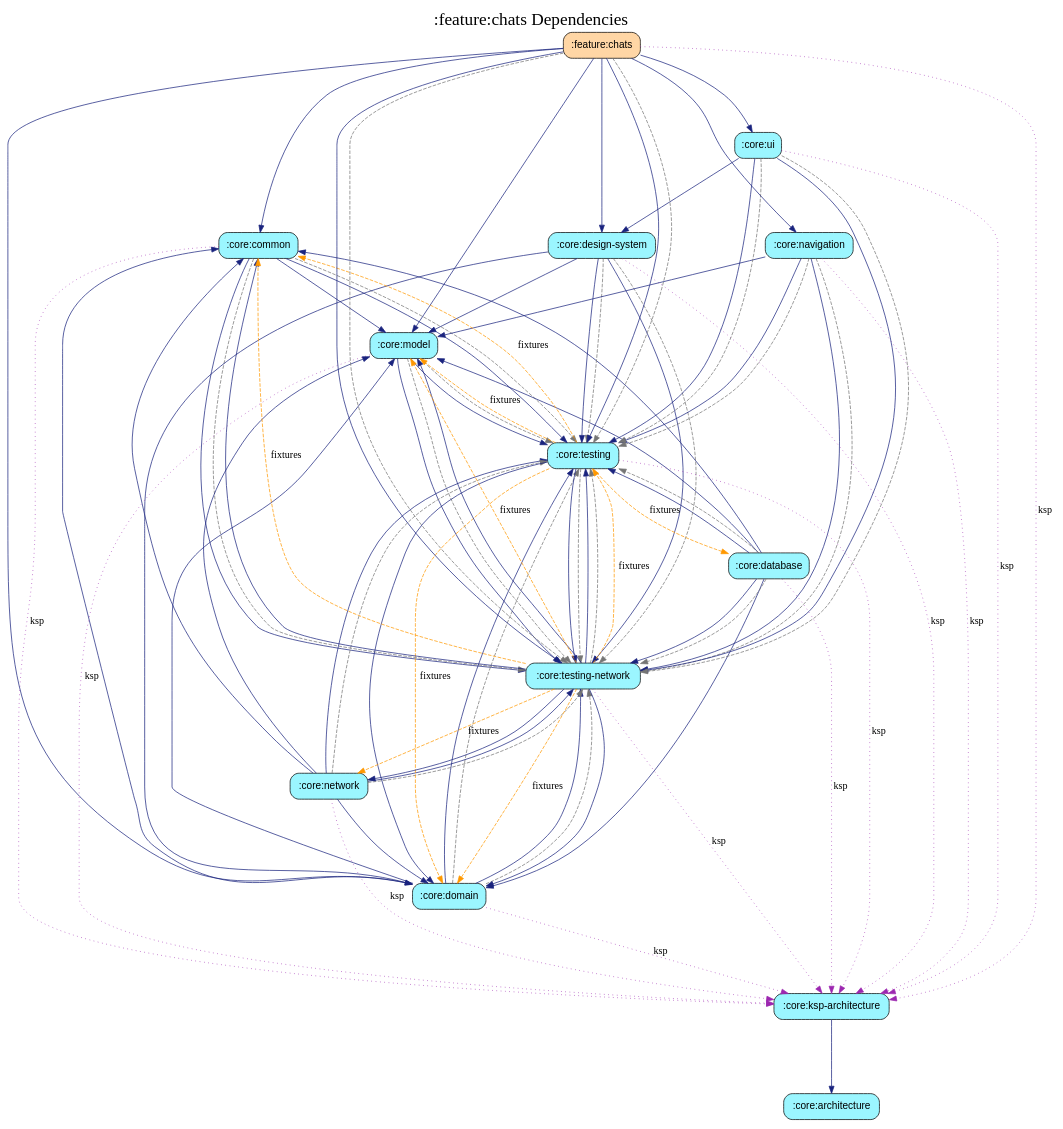
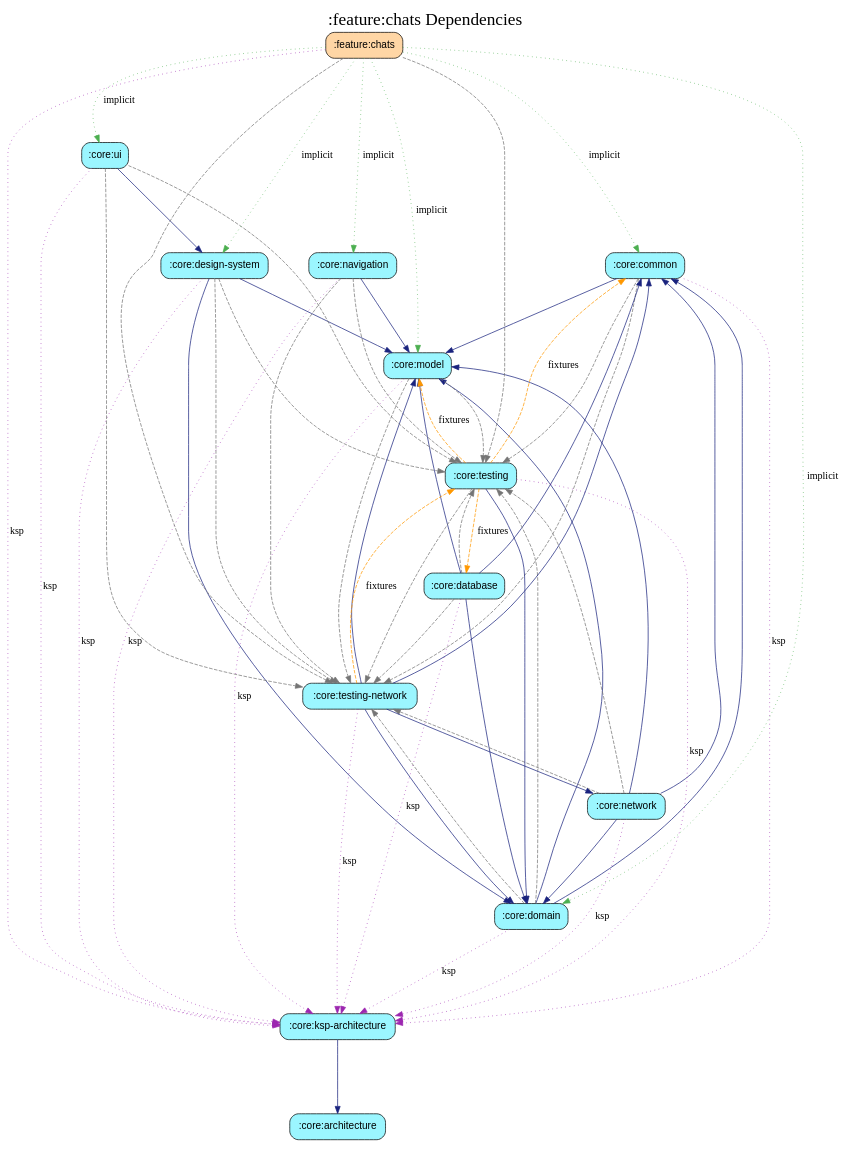
One commit to harrykibet/RealEstateApp-Android changed the diagram in feature/chats/module_graph.gv. Above: the diagram before and after it, drawn with Graphviz. The commit also changed 83 other files, not shown here.

```diff
--- a/feature/chats/module_graph.gv
+++ b/feature/chats/module_graph.gv
@@ -1,102 +1,76 @@
 digraph {
   graph [label=":feature:chats Dependencies", labelloc=t, fontsize=24, ranksep=1.4];
-  node [style="rounded,filled", fontname="sans-serif", shape=box];
+  node [style=filled, fillcolor="#bbdefb", fontname="sans-serif", shape=box, style="rounded,filled"];
   ":core:architecture" [fillcolor="#9BF6FF"];
   ":core:common" [fillcolor="#9BF6FF"];
   ":core:database" [fillcolor="#9BF6FF"];
   ":core:design-system" [fillcolor="#9BF6FF"];
   ":core:domain" [fillcolor="#9BF6FF"];
   ":core:ksp-architecture" [fillcolor="#9BF6FF"];
   ":core:model" [fillcolor="#9BF6FF"];
   ":core:navigation" [fillcolor="#9BF6FF"];
   ":core:network" [fillcolor="#9BF6FF"];
   ":core:testing" [fillcolor="#9BF6FF"];
   ":core:testing-network" [fillcolor="#9BF6FF"];
   ":core:ui" [fillcolor="#9BF6FF"];
   ":feature:chats" [fillcolor="#FFD6A5"];
   ":core:common" -> ":core:ksp-architecture" [color="#9C27B0", style=dotted, label="ksp"]
   ":core:common" -> ":core:model" [color="#1A237E", style=solid]
-  ":core:common" -> ":core:testing" [color="#1A237E", style=solid]
   ":core:common" -> ":core:testing" [color="#757575", style=dashed]
-  ":core:common" -> ":core:testing-network" [color="#1A237E", style=solid]
   ":core:common" -> ":core:testing-network" [color="#757575", style=dashed]
   ":core:database" -> ":core:common" [color="#1A237E", style=solid]
   ":core:database" -> ":core:domain" [color="#1A237E", style=solid]
   ":core:database" -> ":core:ksp-architecture" [color="#9C27B0", style=dotted, label="ksp"]
   ":core:database" -> ":core:model" [color="#1A237E", style=solid]
-  ":core:database" -> ":core:testing" [color="#1A237E", style=solid]
   ":core:database" -> ":core:testing" [color="#757575", style=dashed]
-  ":core:database" -> ":core:testing-network" [color="#1A237E", style=solid]
   ":core:database" -> ":core:testing-network" [color="#757575", style=dashed]
   ":core:design-system" -> ":core:domain" [color="#1A237E", style=solid]
   ":core:design-system" -> ":core:ksp-architecture" [color="#9C27B0", style=dotted, label="ksp"]
   ":core:design-system" -> ":core:model" [color="#1A237E", style=solid]
-  ":core:design-system" -> ":core:testing" [color="#1A237E", style=solid]
   ":core:design-system" -> ":core:testing" [color="#757575", style=dashed]
-  ":core:design-system" -> ":core:testing-network" [color="#1A237E", style=solid]
   ":core:design-system" -> ":core:testing-network" [color="#757575", style=dashed]
   ":core:domain" -> ":core:common" [color="#1A237E", style=solid]
   ":core:domain" -> ":core:ksp-architecture" [color="#9C27B0", style=dotted, label="ksp"]
   ":core:domain" -> ":core:model" [color="#1A237E", style=solid]
-  ":core:domain" -> ":core:testing" [color="#1A237E", style=solid]
   ":core:domain" -> ":core:testing" [color="#757575", style=dashed]
-  ":core:domain" -> ":core:testing-network" [color="#1A237E", style=solid]
   ":core:domain" -> ":core:testing-network" [color="#757575", style=dashed]
   ":core:ksp-architecture" -> ":core:architecture" [color="#1A237E", style=solid]
   ":core:model" -> ":core:ksp-architecture" [color="#9C27B0", style=dotted, label="ksp"]
-  ":core:model" -> ":core:testing" [color="#1A237E", style=solid]
   ":core:model" -> ":core:testing" [color="#757575", style=dashed]
-  ":core:model" -> ":core:testing-network" [color="#1A237E", style=solid]
   ":core:model" -> ":core:testing-network" [color="#757575", style=dashed]
   ":core:navigation" -> ":core:ksp-architecture" [color="#9C27B0", style=dotted, label="ksp"]
   ":core:navigation" -> ":core:model" [color="#1A237E", style=solid]
-  ":core:navigation" -> ":core:testing" [color="#1A237E", style=solid]
   ":core:navigation" -> ":core:testing" [color="#757575", style=dashed]
-  ":core:navigation" -> ":core:testing-network" [color="#1A237E", style=solid]
   ":core:navigation" -> ":core:testing-network" [color="#757575", style=dashed]
   ":core:network" -> ":core:common" [color="#1A237E", style=solid]
   ":core:network" -> ":core:domain" [color="#1A237E", style=solid]
   ":core:network" -> ":core:ksp-architecture" [color="#9C27B0", style=dotted, label="ksp"]
   ":core:network" -> ":core:model" [color="#1A237E", style=solid]
-  ":core:network" -> ":core:testing" [color="#1A237E", style=solid]
   ":core:network" -> ":core:testing" [color="#757575", style=dashed]
-  ":core:network" -> ":core:testing-network" [color="#1A237E", style=solid]
   ":core:network" -> ":core:testing-network" [color="#757575", style=dashed]
   ":core:testing" -> ":core:common" [color="#FF9800", style=dashed, label="fixtures"]
   ":core:testing" -> ":core:database" [color="#FF9800", style=dashed, label="fixtures"]
   ":core:testing" -> ":core:domain" [color="#1A237E", style=solid]
-  ":core:testing" -> ":core:domain" [color="#FF9800", style=dashed, label="fixtures"]
   ":core:testing" -> ":core:ksp-architecture" [color="#9C27B0", style=dotted, label="ksp"]
   ":core:testing" -> ":core:model" [color="#FF9800", style=dashed, label="fixtures"]
-  ":core:testing" -> ":core:testing-network" [color="#1A237E", style=solid]
   ":core:testing" -> ":core:testing-network" [color="#757575", style=dashed]
   ":core:testing-network" -> ":core:common" [color="#1A237E", style=solid]
-  ":core:testing-network" -> ":core:common" [color="#FF9800", style=dashed, label="fixtures"]
   ":core:testing-network" -> ":core:domain" [color="#1A237E", style=solid]
-  ":core:testing-network" -> ":core:domain" [color="#FF9800", style=dashed, label="fixtures"]
   ":core:testing-network" -> ":core:ksp-architecture" [color="#9C27B0", style=dotted, label="ksp"]
   ":core:testing-network" -> ":core:model" [color="#1A237E", style=solid]
-  ":core:testing-network" -> ":core:model" [color="#FF9800", style=dashed, label="fixtures"]
   ":core:testing-network" -> ":core:network" [color="#1A237E", style=solid]
-  ":core:testing-network" -> ":core:network" [color="#FF9800", style=dashed, label="fixtures"]
-  ":core:testing-network" -> ":core:testing" [color="#1A237E", style=solid]
-  ":core:testing-network" -> ":core:testing" [color="#757575", style=dashed]
   ":core:testing-network" -> ":core:testing" [color="#FF9800", style=dashed, label="fixtures"]
   ":core:ui" -> ":core:design-system" [color="#1A237E", style=solid]
   ":core:ui" -> ":core:ksp-architecture" [color="#9C27B0", style=dotted, label="ksp"]
-  ":core:ui" -> ":core:testing" [color="#1A237E", style=solid]
   ":core:ui" -> ":core:testing" [color="#757575", style=dashed]
-  ":core:ui" -> ":core:testing-network" [color="#1A237E", style=solid]
   ":core:ui" -> ":core:testing-network" [color="#757575", style=dashed]
-  ":feature:chats" -> ":core:common" [color="#1A237E", style=solid]
-  ":feature:chats" -> ":core:design-system" [color="#1A237E", style=solid]
-  ":feature:chats" -> ":core:domain" [color="#1A237E", style=solid]
+  ":feature:chats" -> ":core:common" [color="#4CAF50", style=dotted, label="implicit"]
+  ":feature:chats" -> ":core:design-system" [color="#4CAF50", style=dotted, label="implicit"]
+  ":feature:chats" -> ":core:domain" [color="#4CAF50", style=dotted, label="implicit"]
   ":feature:chats" -> ":core:ksp-architecture" [color="#9C27B0", style=dotted, label="ksp"]
-  ":feature:chats" -> ":core:model" [color="#1A237E", style=solid]
-  ":feature:chats" -> ":core:navigation" [color="#1A237E", style=solid]
-  ":feature:chats" -> ":core:testing" [color="#1A237E", style=solid]
+  ":feature:chats" -> ":core:model" [color="#4CAF50", style=dotted, label="implicit"]
+  ":feature:chats" -> ":core:navigation" [color="#4CAF50", style=dotted, label="implicit"]
   ":feature:chats" -> ":core:testing" [color="#757575", style=dashed]
-  ":feature:chats" -> ":core:testing-network" [color="#1A237E", style=solid]
   ":feature:chats" -> ":core:testing-network" [color="#757575", style=dashed]
-  ":feature:chats" -> ":core:ui" [color="#1A237E", style=solid]
+  ":feature:chats" -> ":core:ui" [color="#4CAF50", style=dotted, label="implicit"]
 }
```
